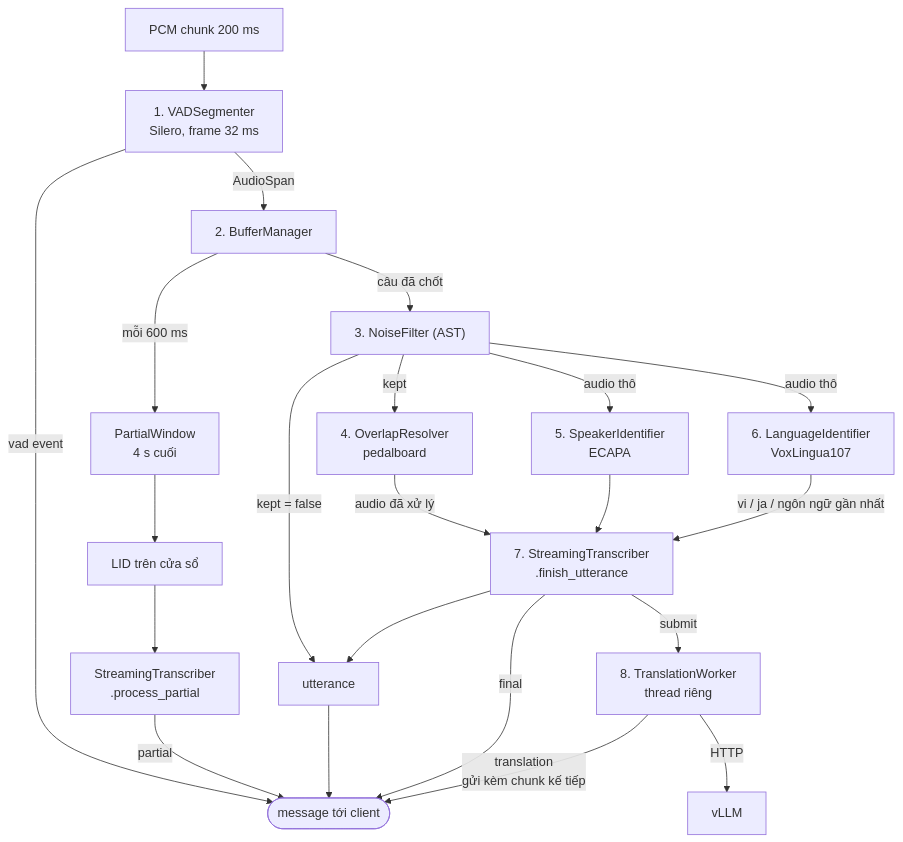
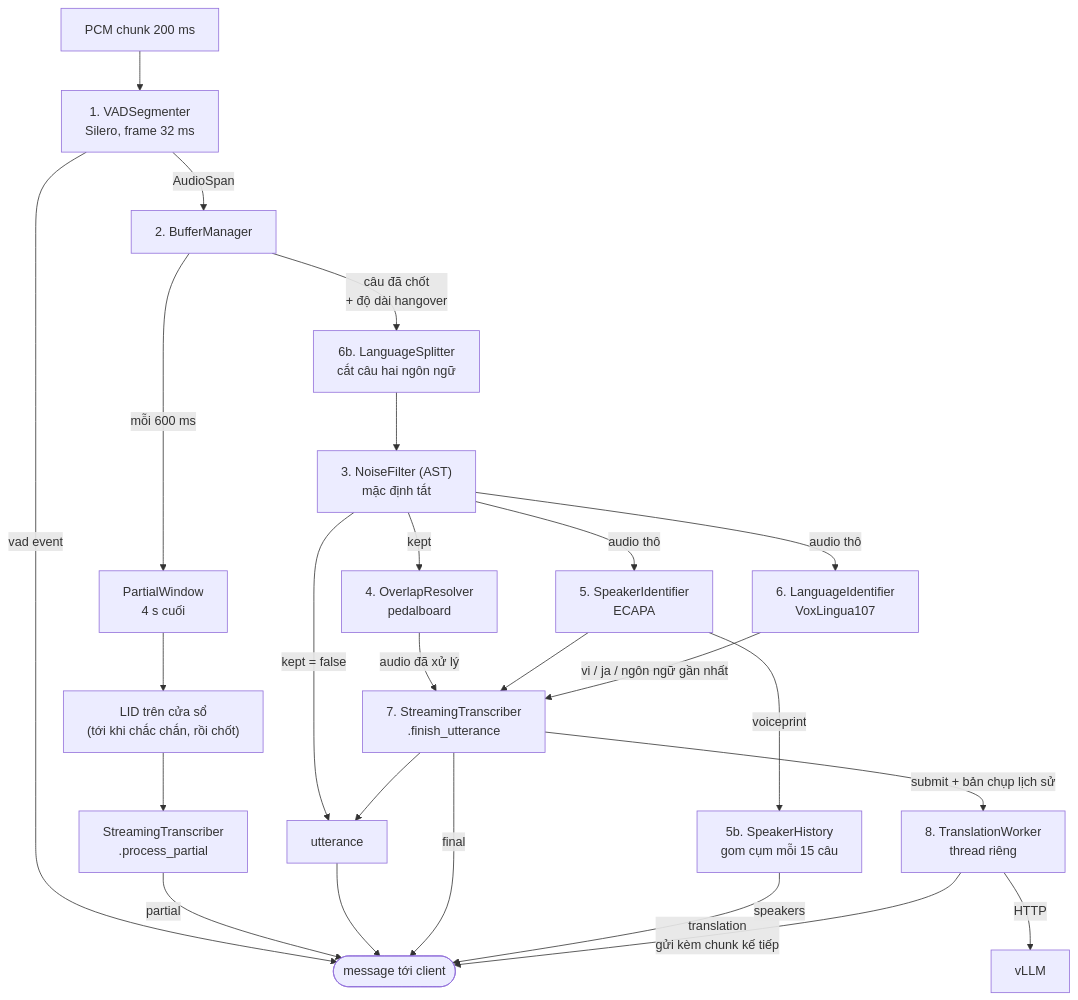
The fifth of 8 diagrams in ARCHITECTURE.md (phivan3008/Realtime-meeting-translator-v7), drawn with Mermaid before and after one commit. The commit also changed other lines of this file and 7 other files, not shown here.

````diff
--- a/ARCHITECTURE.md
+++ b/ARCHITECTURE.md
@@ -135,26 +139,29 @@
 ```mermaid
 flowchart TD
     PCM["PCM chunk 200 ms"] --> VAD["1. VADSegmenter<br/>Silero, frame 32 ms"]
     VAD -->|"vad event"| OUT(["message tới client"])
     VAD -->|"AudioSpan"| BUF["2. BufferManager"]
 
     BUF -->|"mỗi 600 ms"| PW["PartialWindow<br/>4 s cuối"]
-    PW --> PLID["LID trên cửa sổ"]
+    PW --> PLID["LID trên cửa sổ<br/>(tới khi chắc chắn, rồi chốt)"]
     PLID --> PASR["StreamingTranscriber<br/>.process_partial"]
     PASR -->|"partial"| OUT
 
-    BUF -->|"câu đã chốt"| NOISE["3. NoiseFilter (AST)"]
+    BUF -->|"câu đã chốt<br/>+ độ dài hangover"| SPLIT["6b. LanguageSplitter<br/>cắt câu hai ngôn ngữ"]
+    SPLIT --> NOISE["3. NoiseFilter (AST)<br/>mặc định tắt"]
     NOISE -->|"kept = false"| UTT["utterance"]
     NOISE -->|"kept"| OVL["4. OverlapResolver<br/>pedalboard"]
     NOISE -->|"audio thô"| SPK["5. SpeakerIdentifier<br/>ECAPA"]
     NOISE -->|"audio thô"| LID["6. LanguageIdentifier<br/>VoxLingua107"]
     OVL -->|"audio đã xử lý"| ASR["7. StreamingTranscriber<br/>.finish_utterance"]
     SPK --> ASR
     LID -->|"vi / ja / ngôn ngữ gần nhất"| ASR
     ASR --> UTT
     UTT --> OUT
     ASR -->|"final"| OUT
-    ASR -->|"submit"| TQ["8. TranslationWorker<br/>thread riêng"]
+    SPK -->|"voiceprint"| RC["5b. SpeakerHistory<br/>gom cụm mỗi 15 câu"]
+    RC -->|"speakers"| OUT
+    ASR -->|"submit + bản chụp lịch sử"| TQ["8. TranslationWorker<br/>thread riêng"]
     TQ -->|"HTTP"| VLLM["vLLM"]
     TQ -->|"translation<br/>gửi kèm chunk kế tiếp"| OUT
 ```
````
